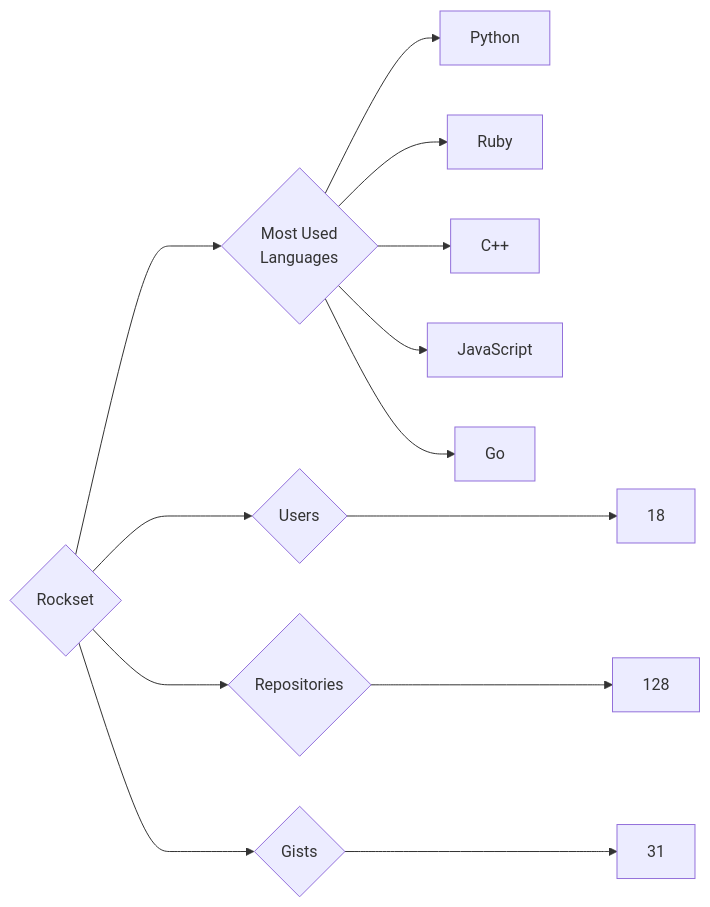
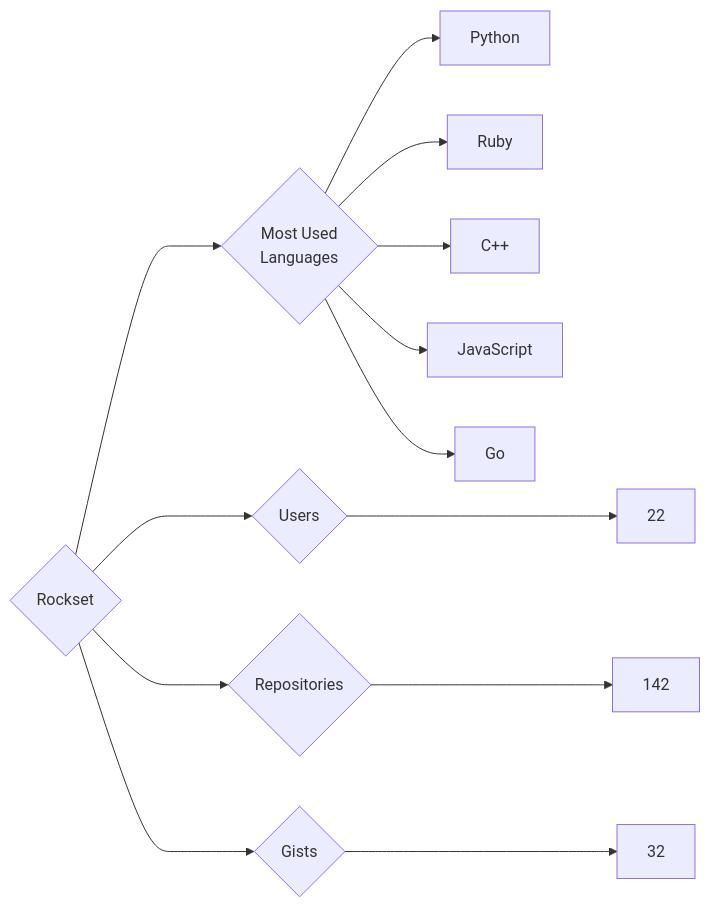
The diagram in targets/Rockset/README.md (trickest/insiders), drawn with Mermaid before and after one commit. The commit also changed 851 other files, not shown here.

````diff
--- a/targets/Rockset/README.md
+++ b/targets/Rockset/README.md
@@ -3,13 +3,13 @@
 ```mermaid
 graph LR
 COMPANY_NAME{Rockset}
-COMPANY_NAME ---> U{Users} ---> UN[18]
-COMPANY_NAME ---> R{Repositories} ---> RN[128]
-COMPANY_NAME ---> G{Gists} ---> GN[31]
+COMPANY_NAME ---> U{Users} ---> UN[22]
+COMPANY_NAME ---> R{Repositories} ---> RN[142]
+COMPANY_NAME ---> G{Gists} ---> GN[32]
 COMPANY_NAME ---> ML{Most Used<br>Languages}
 ML --> Python[Python]
 ML --> Ruby[Ruby]
 ML --> C++[C++]
 ML --> JavaScript[JavaScript]
 ML --> Go[Go]
 ```
````
